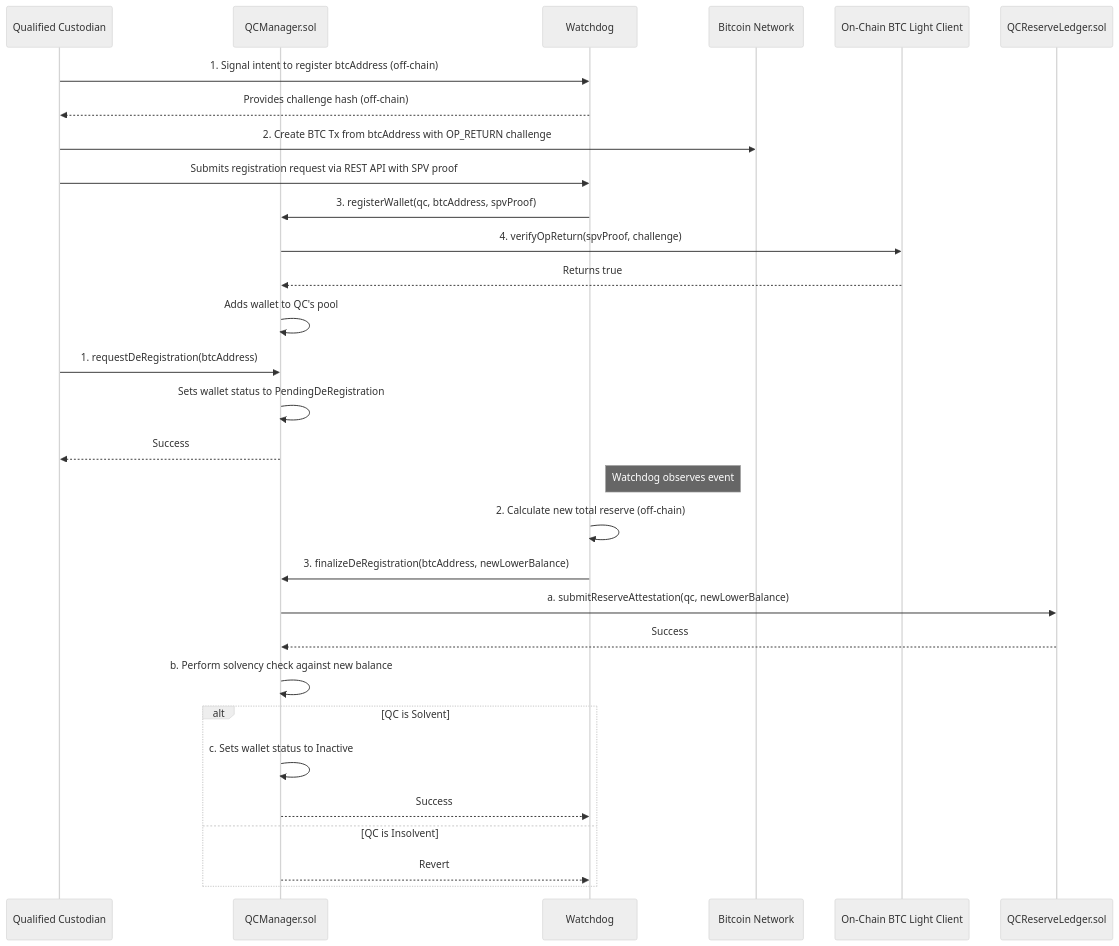
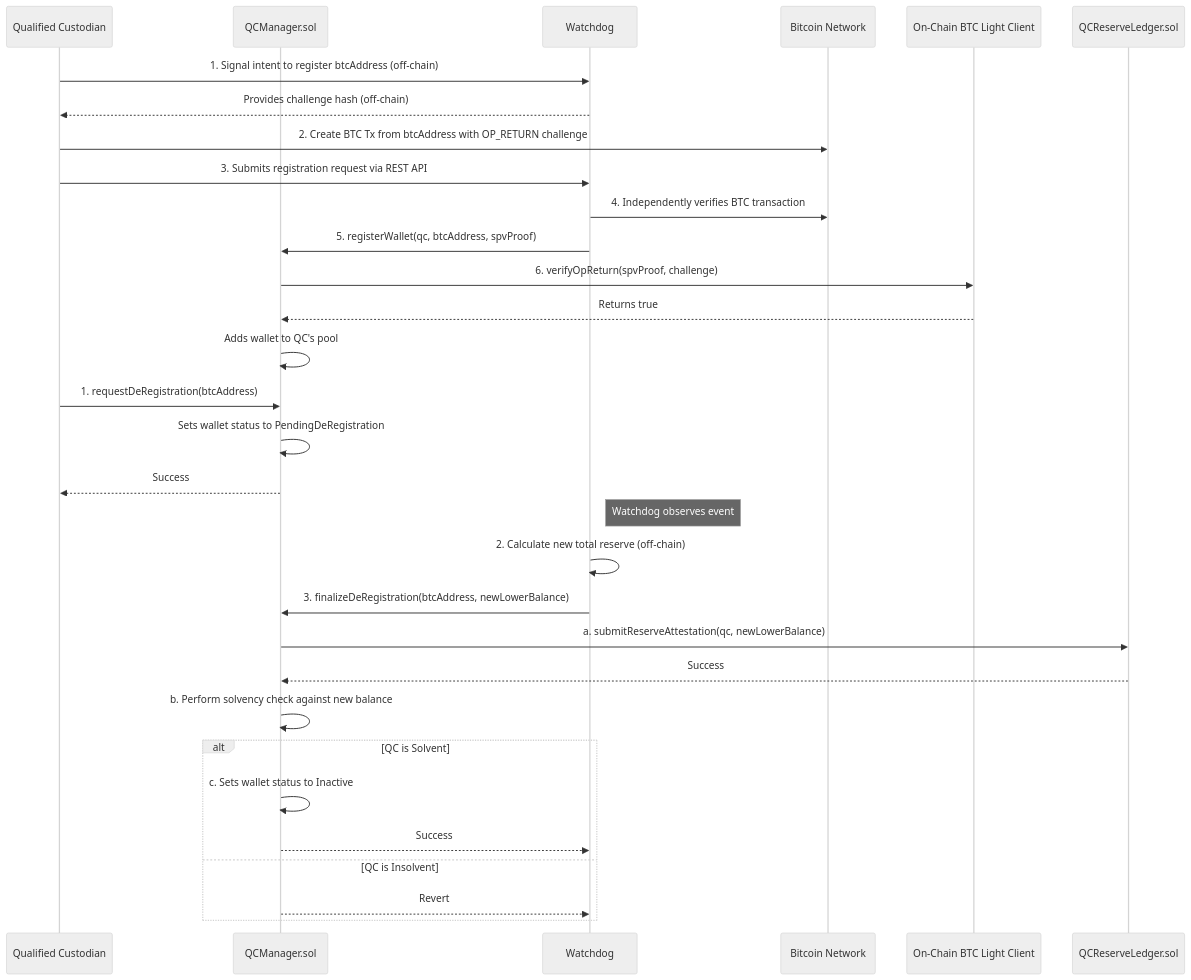
Before and after one commit to tlabs-xyz/tbtc-v2: the second of 4 diagrams in solidity/prd/ARCHITECTURE.md, drawn with Mermaid (neutral theme). The commit also changed other lines of this file and 1 other file, not shown here.

Commit message:
docs: Replace complex wallet registration guide with REST API specification
- Removed WATCHDOG_WALLET_REGISTRATION_GUIDE.md (overly complex multi-watchdog scenario)
- Created WATCHDOG_API_SPECIFICATION.md defining REST API for QC-watchdog interactions
- Updated ARCHITECTURE.md to clarify wallet registration flow:
  - QC still sends Bitcoin transaction with OP_RETURN
  - QC then calls watchdog API to request registration
  - Watchdog independently verifies Bitcoin transaction
  - Watchdog cross-checks all data before on-chain registration
- Updated sequence diagrams to show verification steps
- Added proper error codes for transaction verification failures

This documents the cleaner operational model where QCs work with specific
watchdogs via authenticated APIs, eliminating multi-watchdog conflicts.

````diff
--- a/solidity/prd/ARCHITECTURE.md
+++ b/solidity/prd/ARCHITECTURE.md
@@ -368,39 +369,40 @@
 ```mermaid
 sequenceDiagram
     participant QC as Qualified Custodian
     participant Manager as QCManager.sol
     participant Watchdog as Watchdog
     participant BTCNet as Bitcoin Network
     participant BTCClient as On-Chain BTC Light Client
     participant Ledger as QCReserveLedger.sol
 
     %% Registration
     QC->>Watchdog: 1. Signal intent to register btcAddress (off-chain)
     Watchdog-->>QC: Provides challenge hash (off-chain)
     QC->>BTCNet: 2. Create BTC Tx from btcAddress with OP_RETURN challenge
-    QC->>Watchdog: Submits registration request via REST API with SPV proof
-    Watchdog->>Manager: 3. registerWallet(qc, btcAddress, spvProof)
-    Manager->>BTCClient: 4. verifyOpReturn(spvProof, challenge)
+    QC->>Watchdog: 3. Submits registration request via REST API
+    Watchdog->>BTCNet: 4. Independently verifies BTC transaction
+    Watchdog->>Manager: 5. registerWallet(qc, btcAddress, spvProof)
+    Manager->>BTCClient: 6. verifyOpReturn(spvProof, challenge)
     BTCClient-->>Manager: Returns true
     Manager->>Manager: Adds wallet to QC's pool
 
     %% Hardened De-registration Flow
     QC->>Manager: 1. requestDeRegistration(btcAddress)
     Manager->>Manager: Sets wallet status to PendingDeRegistration
     Manager-->>QC: Success
     note right of Watchdog: Watchdog observes event
 
     Watchdog->>Watchdog: 2. Calculate new total reserve (off-chain)
     Watchdog->>Manager: 3. finalizeDeRegistration(btcAddress, newLowerBalance)
 
     Manager->>Ledger: a. submitReserveAttestation(qc, newLowerBalance)
     Ledger-->>Manager: Success
 
     Manager->>Manager: b. Perform solvency check against new balance
     alt QC is Solvent
         Manager->>Manager: c. Sets wallet status to Inactive
         Manager-->>Watchdog: Success
     else QC is Insolvent
         Manager-->>Watchdog: Revert
     end
 ```
````
